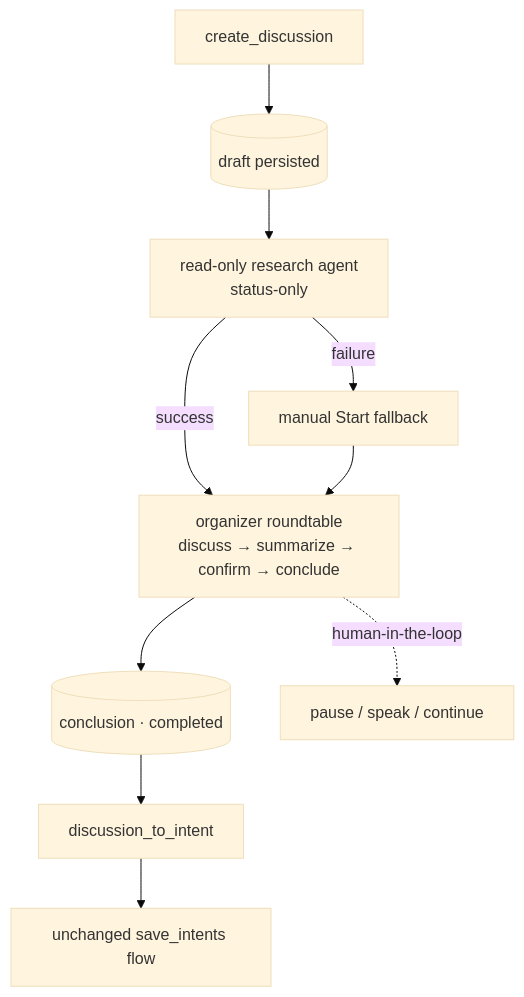
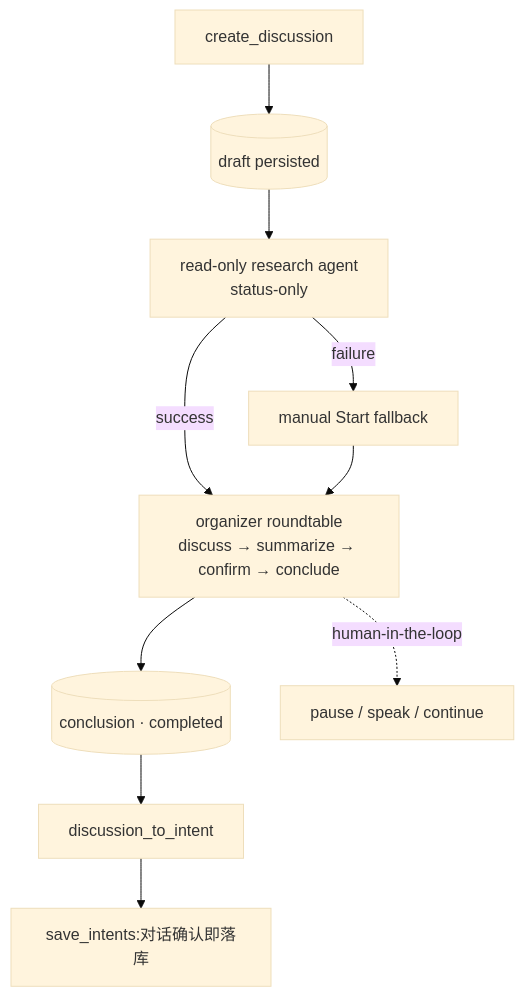
The diagram in doc/flows/flow-discussion-to-intent.md (sequencestream/c3), drawn with Mermaid (base theme) before and after one commit. The commit also changed other lines of this file and 46 other files, not shown here.

Commit message:
feat: 意图沟通会话保存流程从「弹框二次确认」改为「对话文字确认即保存」

````diff
--- a/doc/flows/flow-discussion-to-intent.md
+++ b/doc/flows/flow-discussion-to-intent.md
@@ -16,12 +16,12 @@
 ```mermaid
 flowchart TD
     CD[create_discussion] --> DRAFT[(draft persisted)]
     DRAFT --> RES[read-only research agent<br/>status-only]
     RES -- success --> ORG[organizer roundtable<br/>discuss → summarize → confirm → conclude]
     RES -- failure --> MAN[manual Start fallback]
     MAN --> ORG
     ORG --> CONC[(conclusion · completed)]
     CONC --> CONV[discussion_to_intent]
-    CONV --> SAVE[unchanged save_intents flow]
+    CONV --> SAVE[save_intents:对话确认即落库]
     ORG -. human-in-the-loop .-> HIL[pause / speak / continue]
 ```
````
